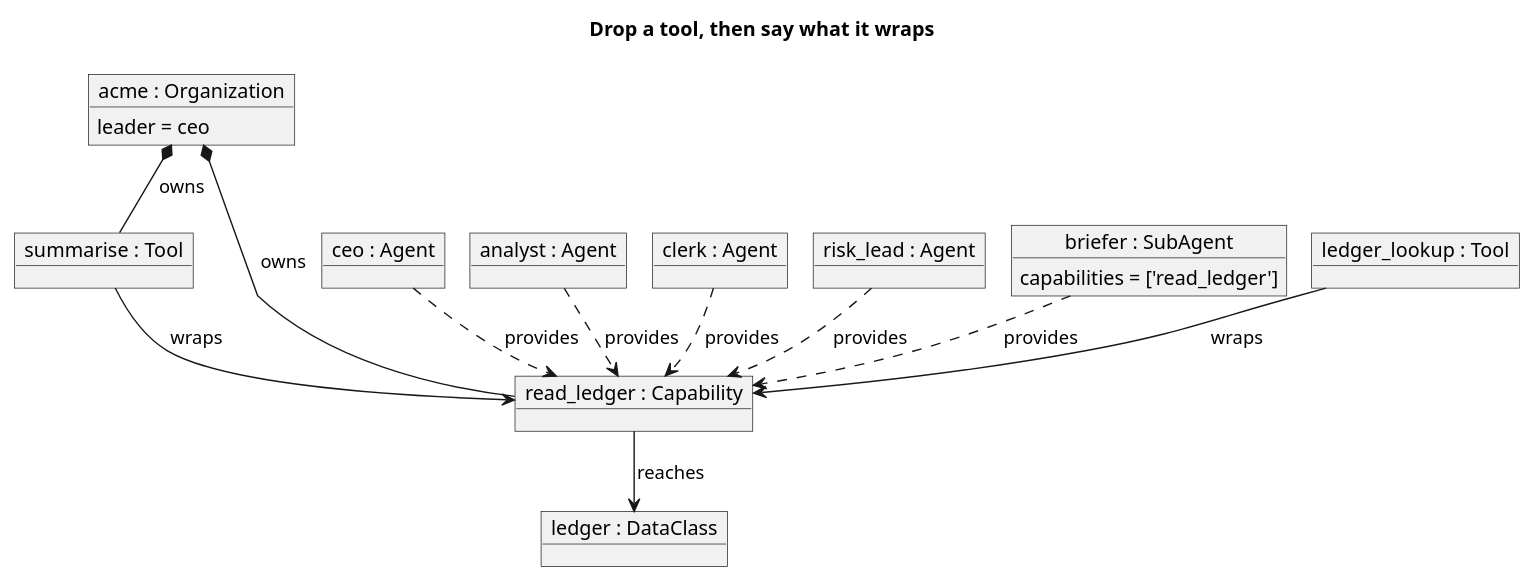
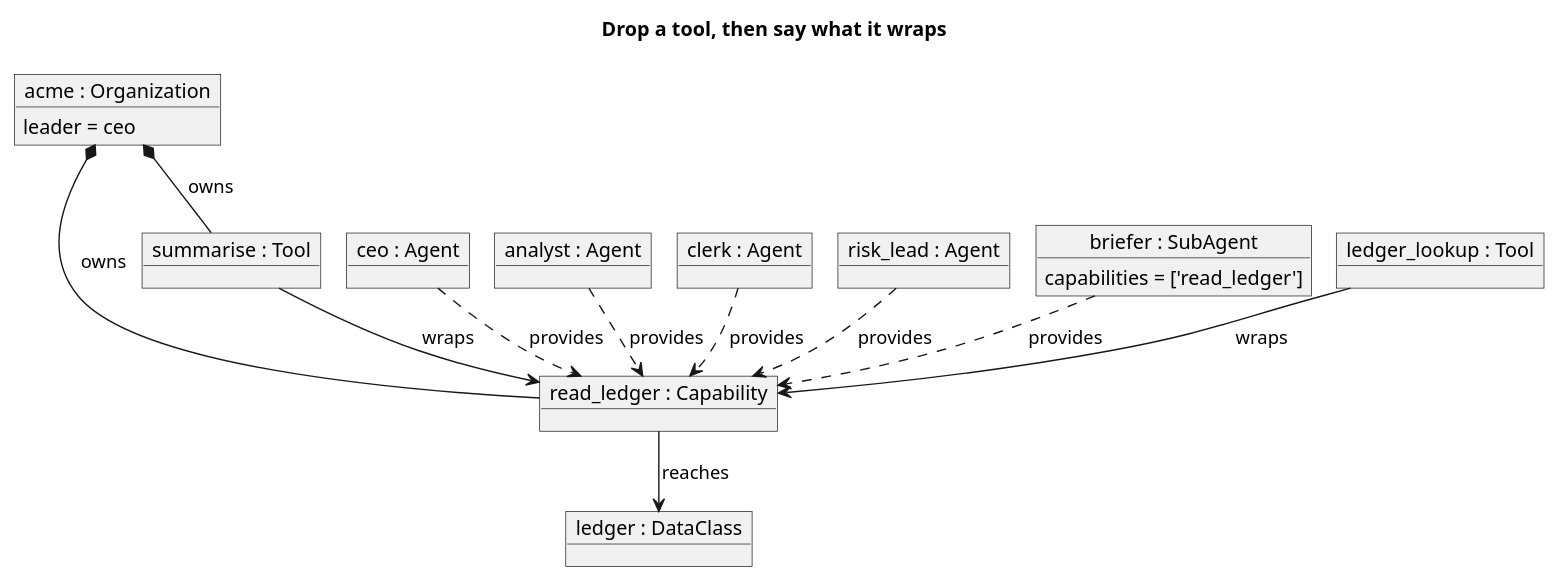
The diagram in docs/metamodel/scenarios/tool_from_palette.puml (zoetsekas/agentic-organization), drawn with PlantUML before and after one commit. The commit also changed other lines of this file and 32 other files, not shown here.

First line of the commit message:
Split the metamodel into one UML profile per concern, with no change to the link rules (ADR-0112)

```diff
--- a/docs/metamodel/scenarios/tool_from_palette.puml
+++ b/docs/metamodel/scenarios/tool_from_palette.puml
@@ -1,28 +1,28 @@
 @startuml tool_from_palette
 !pragma layout smetana
 title Drop a tool, then say what it wraps
+object "read_ledger : Capability" as capability_read_ledger
 object "summarise : Tool" as tool_summarise
-object "read_ledger : Capability" as capability_read_ledger
 object "acme : Organization" as organization_acme {
   leader = ceo
 }
 object "ceo : Agent" as agent_ceo
 object "analyst : Agent" as agent_analyst
 object "clerk : Agent" as agent_clerk
 object "risk_lead : Agent" as agent_risk_lead
 object "briefer : SubAgent" as subagent_briefer {
   capabilities = ['read_ledger']
 }
+object "ledger : DataClass" as data_class_ledger
 object "ledger_lookup : Tool" as tool_ledger_lookup
-object "ledger : DataClass" as data_class_ledger
+organization_acme *-- capability_read_ledger : owns
 organization_acme *-- tool_summarise : owns
-organization_acme *-- capability_read_ledger : owns
 agent_ceo ..> capability_read_ledger : provides
 agent_analyst ..> capability_read_ledger : provides
 agent_clerk ..> capability_read_ledger : provides
 agent_risk_lead ..> capability_read_ledger : provides
 subagent_briefer ..> capability_read_ledger : provides
+capability_read_ledger --> data_class_ledger : reaches
 tool_ledger_lookup --> capability_read_ledger : wraps
 tool_summarise --> capability_read_ledger : wraps
-capability_read_ledger --> data_class_ledger : reaches
 @enduml
```
